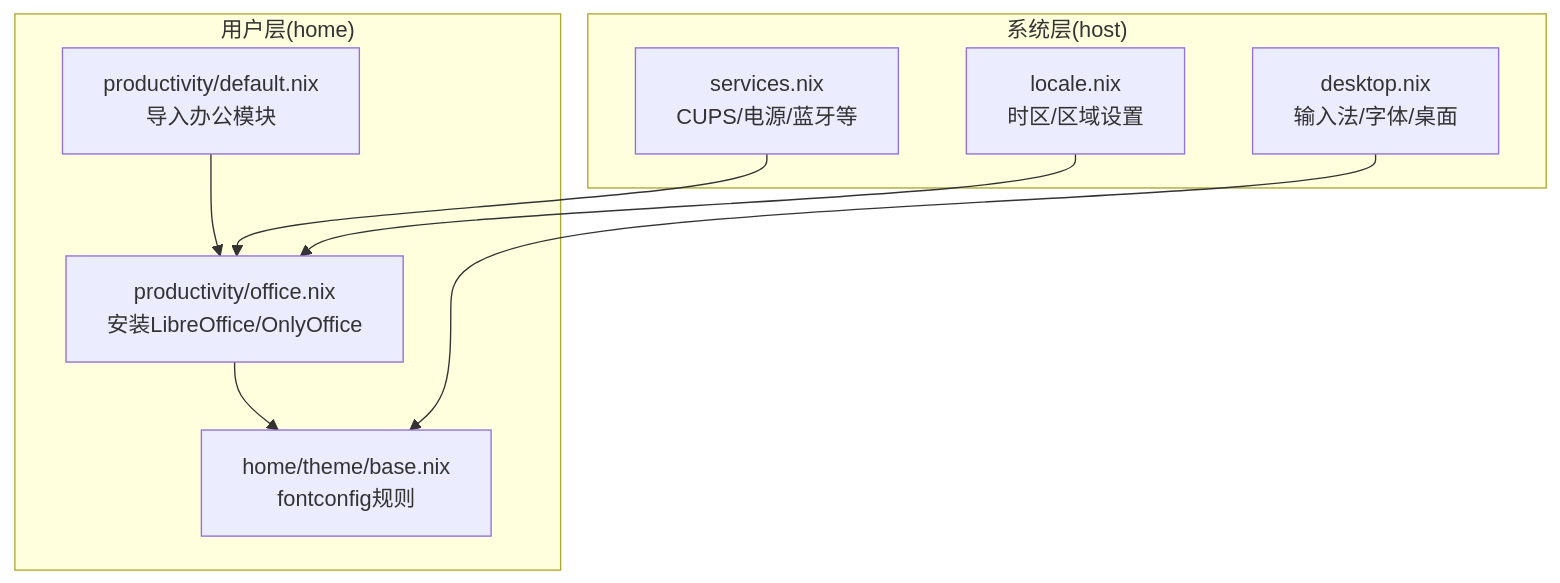
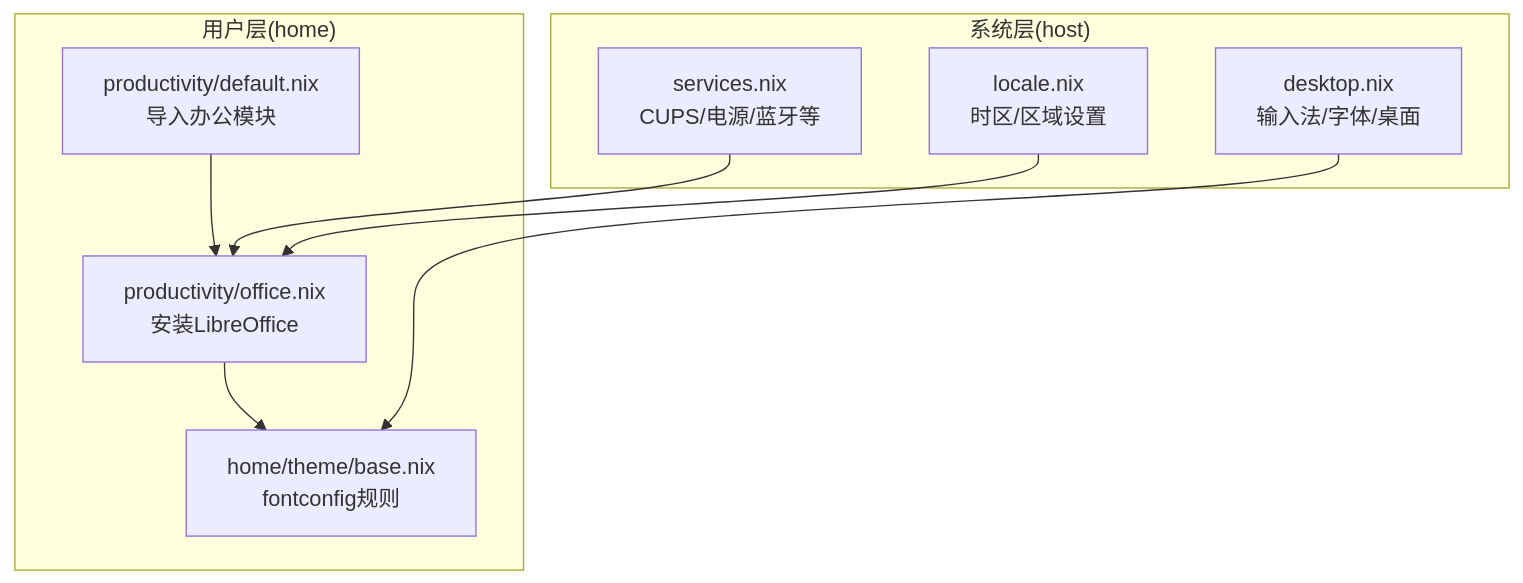
Before and after one commit to Shangshui0302/myNixOSConfig: the first of 2 diagrams in wiki/productivity/office.md, drawn with Mermaid. The commit also changed other lines of this file and 5 other files, not shown here.

Commit message:
chore(apps): remove OnlyOffice and Lutris

````diff
--- a/wiki/productivity/office.md
+++ b/wiki/productivity/office.md
@@ -48,18 +47,18 @@
 ```mermaid
 graph TB
 subgraph "系统层(host)"
 S1["desktop.nix<br/>输入法/字体/桌面"]
 S2["services.nix<br/>CUPS/电源/蓝牙等"]
 S3["locale.nix<br/>时区/区域设置"]
 end
 subgraph "用户层(home)"
 U1["productivity/default.nix<br/>导入办公模块"]
-U2["productivity/office.nix<br/>安装LibreOffice/OnlyOffice"]
+U2["productivity/office.nix<br/>安装LibreOffice"]
 U3["home/theme/base.nix<br/>fontconfig规则"]
 end
 U1 --> U2
 U2 --> U3
 S1 --> U3
 S2 --> U2
 S3 --> U2
 ```
````
